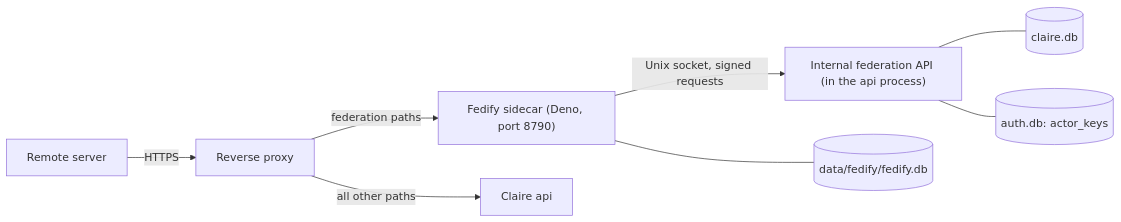
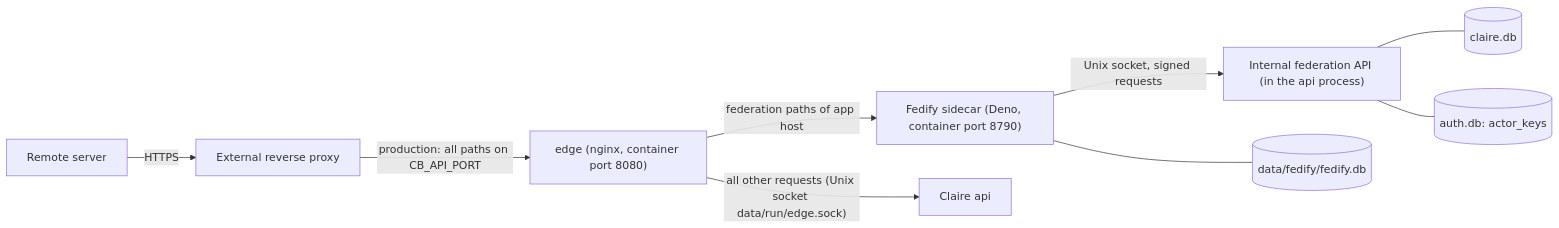
Before and after one commit to fofwisdom/claire-bible: the first of 2 diagrams in docs/implementation/FEDERATION.md, drawn with Mermaid. The commit also changed other lines of this file and 23 other files, not shown here.

First line of the commit message:
feat(infra): make edge service always-on in production and fix heartbeat keys

````diff
--- a/docs/implementation/FEDERATION.md
+++ b/docs/implementation/FEDERATION.md
@@ -45,10 +45,11 @@
 ```mermaid
 flowchart LR
-    R["Remote server"] -->|HTTPS| P["Reverse proxy"]
-    P -->|"federation paths"| S["Fedify sidecar (Deno, port 8790)"]
-    P -->|"all other paths"| A["Claire api"]
+    R["Remote server"] -->|HTTPS| P["External reverse proxy"]
+    P -->|"production: all paths on CB_API_PORT"| E["edge (nginx, container port 8080)"]
+    E -->|"federation paths of app host"| S["Fedify sidecar (Deno, container port 8790)"]
+    E -->|"all other requests (Unix socket data/run/edge.sock)"| A["Claire api"]
     S -->|"Unix socket, signed requests"| I["Internal federation API (in the api process)"]
     I --- D1[("claire.db")]
     I --- D2[("auth.db: actor_keys")]
     S --- D3[("data/fedify/fedify.db")]
 ```
````
